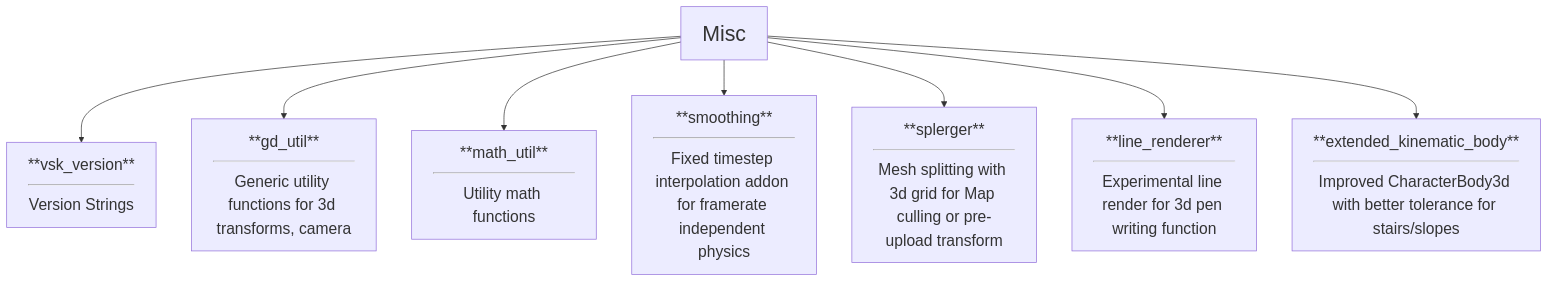
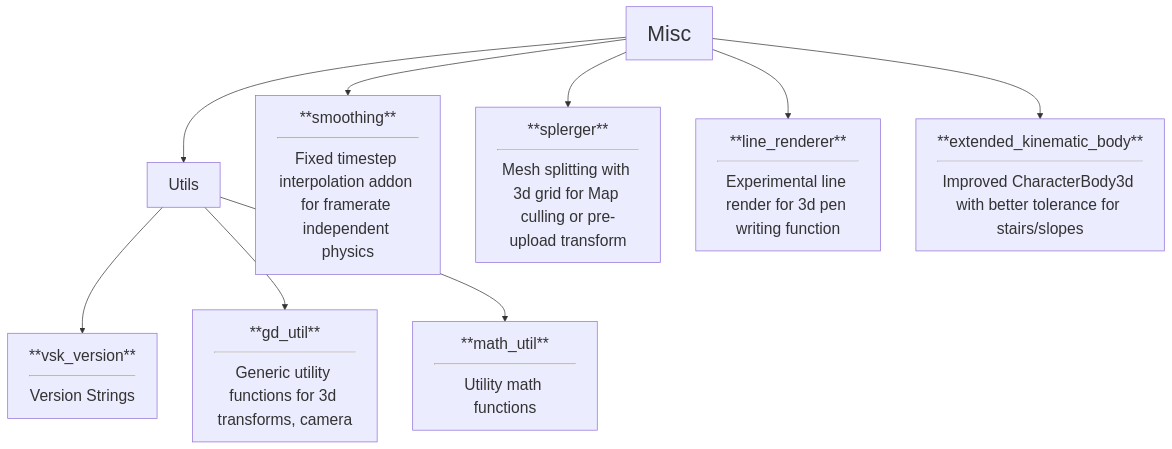
The third of 9 diagrams in test2.md (dragonhunt02/v-sekai-game), drawn with Mermaid before and after one commit. The commit also changed other lines of this file, not shown here.

````diff
--- a/test2.md
+++ b/test2.md
@@ -26,14 +28,15 @@
 ```mermaid
 %%{init: {'themeVariables': { 'fontSize': '22px' }}}%%
 flowchart TD
-        Misc --> addon2[**vsk_version**<hr>Version Strings]
-        Misc --> addon8[**gd_util**<hr>Generic utility functions for 3d transforms, camera]
-        Misc --> addon23[**math_util**<hr>Utility math functions]
+        Misc --> Utils
+        Utils --> addon2[**vsk_version**<hr>Version Strings]
+        Utils --> addon8[**gd_util**<hr>Generic utility functions for 3d transforms, camera]
+        Utils --> addon23[**math_util**<hr>Utility math functions]
         Misc --> addon12[**smoothing**<hr>Fixed timestep interpolation addon for framerate independent physics]
         Misc --> addon5[**splerger**<hr>Mesh splitting with 3d grid for Map culling or pre-upload transform]
         Misc --> addon22[**line_renderer**<hr>Experimental line render for 3d pen writing function]
         Misc --> addon17[**extended_kinematic_body**<hr>Improved CharacterBody3d with better tolerance for stairs/slopes]
     classDef Category font-size:30px
     class A,B,Actor,Audio,Editor,Entities,Game,UI,Misc,Network,VR-XR,VRM Category
 
 ```
````
